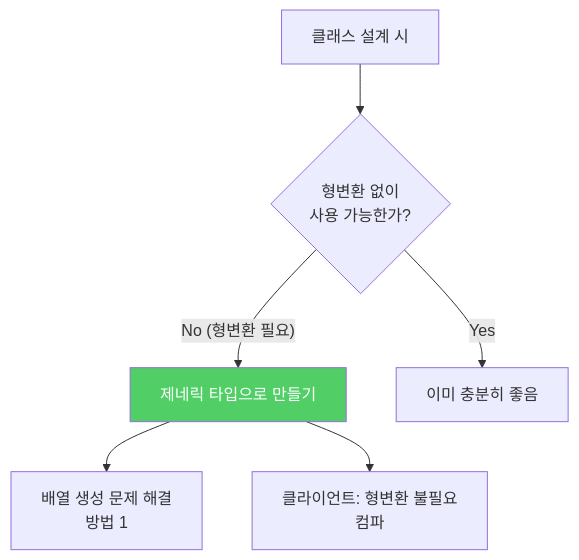
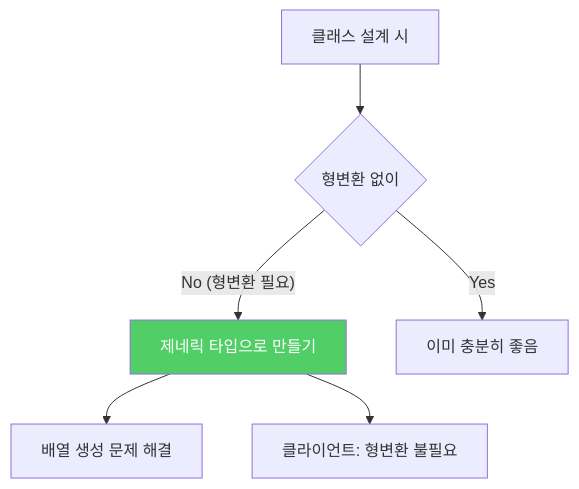
The second of 2 diagrams in _posts/java/2022-01-07-effective-java29.md (yjkim2015/yjkim2015.github.io), drawn with Mermaid before and after one commit. The commit also changed other lines of this file and 217 other files, not shown here.

First line of the commit message:
Mermaid 크기 수정: useMaxWidth:true + SVG max-width:100% + 라벨 축소

````diff
--- a/_posts/java/2022-01-07-effective-java29.md
+++ b/_posts/java/2022-01-07-effective-java29.md
@@ -200,9 +200,9 @@
 ```mermaid
 graph TD
-    A["클래스 설계 시"] --> B{"형변환 없이\n사용 가능한가?"}
+    A["클래스 설계 시"] --> B{"형변환 없이"}
     B -->|"No (형변환 필요)"| C["제네릭 타입으로 만들기"]
     B -->|"Yes"| D["이미 충분히 좋음"]
-    C --> E["배열 생성 문제 해결\n방법 1"]
-    C --> F["클라이언트: 형변환 불필요\n컴파"]
+    C --> E["배열 생성 문제 해결"]
+    C --> F["클라이언트: 형변환 불필요"]
     style C fill:#51cf66,color:#fff
 ```
````
